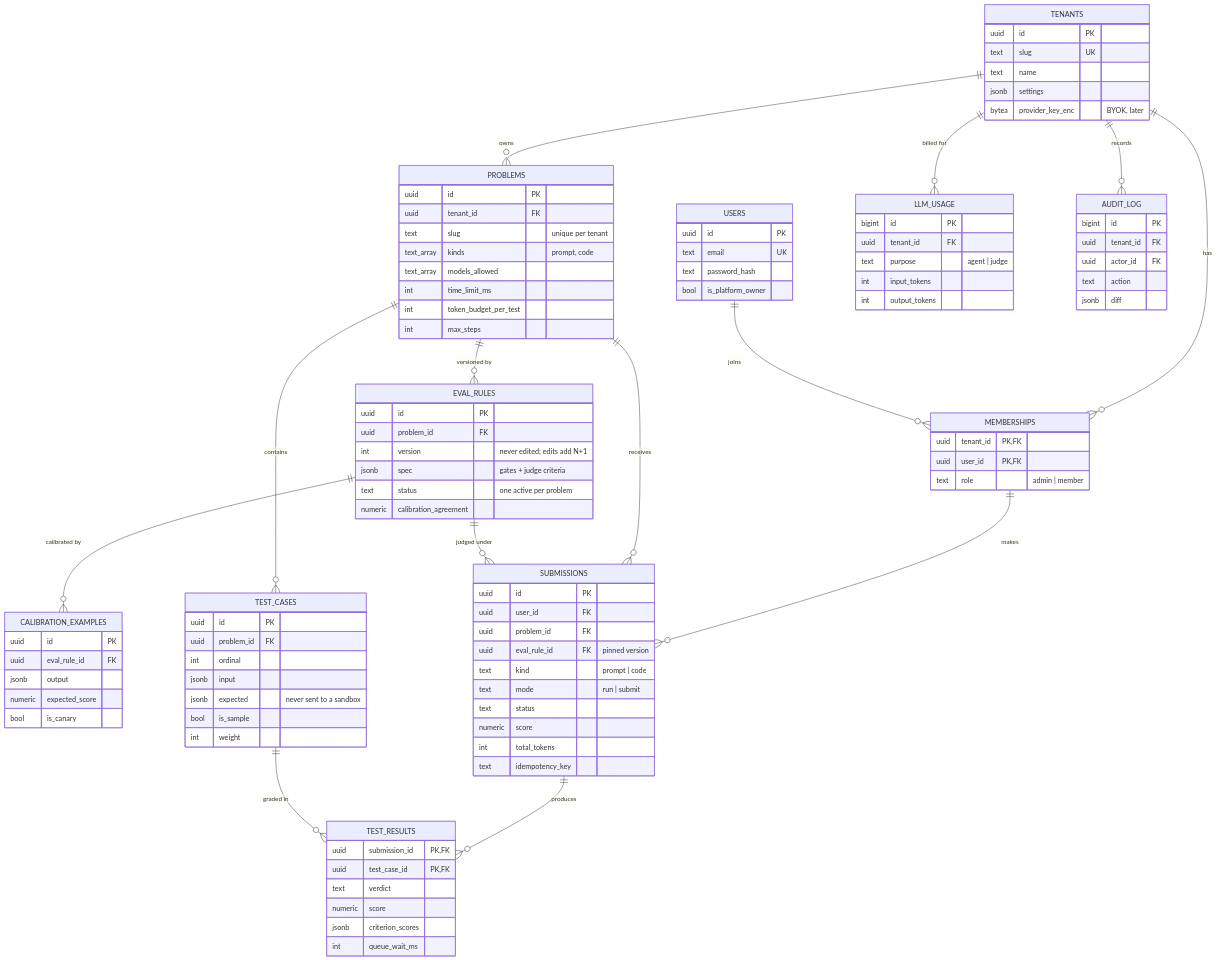
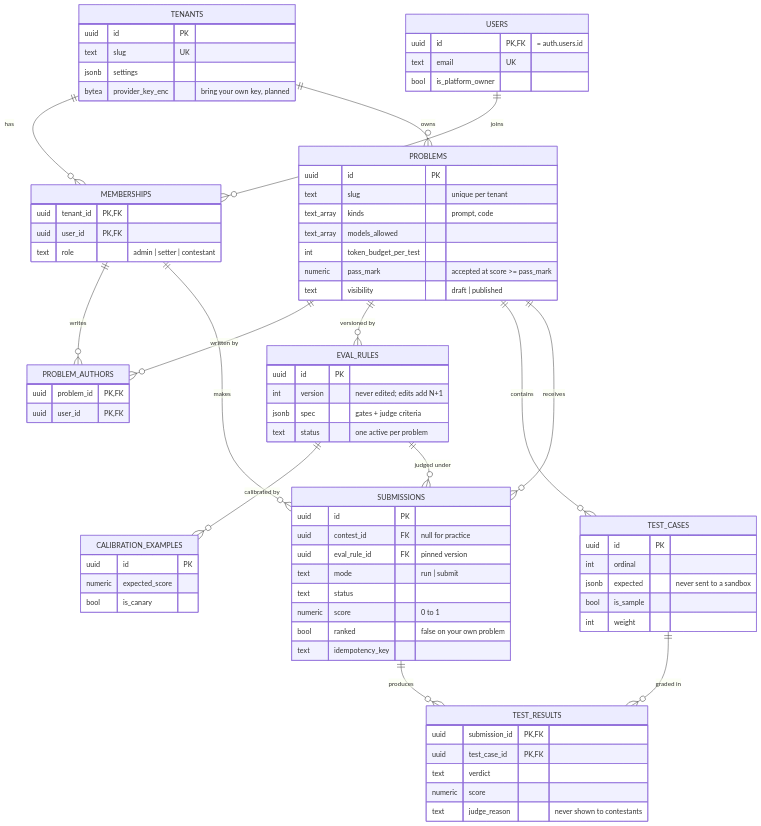
The seventh of 10 diagrams in README.md (priyanshu14077/orqen), drawn with Mermaid before and after one commit. The commit also changed other lines of this file, not shown here.

First line of the commit message:
Document the feature schemas, contests and billing in the data model

````diff
--- a/README.md
+++ b/README.md
@@ -254,6 +269,8 @@
     TENANTS ||--o{ MEMBERSHIPS : has
     USERS ||--o{ MEMBERSHIPS : joins
     TENANTS ||--o{ PROBLEMS : owns
+    PROBLEMS ||--o{ PROBLEM_AUTHORS : "written by"
+    MEMBERSHIPS ||--o{ PROBLEM_AUTHORS : writes
     PROBLEMS ||--o{ EVAL_RULES : "versioned by"
     EVAL_RULES ||--o{ CALIBRATION_EXAMPLES : "calibrated by"
     PROBLEMS ||--o{ TEST_CASES : contains
@@ -262,71 +279,62 @@
     EVAL_RULES ||--o{ SUBMISSIONS : "judged under"
     SUBMISSIONS ||--o{ TEST_RESULTS : produces
     TEST_CASES ||--o{ TEST_RESULTS : "graded in"
-    TENANTS ||--o{ LLM_USAGE : "billed for"
-    TENANTS ||--o{ AUDIT_LOG : records
 
     TENANTS {
         uuid id PK
         text slug UK
-        text name
         jsonb settings
-        bytea provider_key_enc "BYOK, later"
+        bytea provider_key_enc "bring your own key, planned"
     }
     USERS {
-        uuid id PK
+        uuid id PK, FK "= auth.users.id"
         text email UK
-        text password_hash
         bool is_platform_owner
     }
     MEMBERSHIPS {
         uuid tenant_id PK, FK
         uuid user_id PK, FK
-        text role "admin | member"
+        text role "admin | setter | contestant"
     }
     PROBLEMS {
         uuid id PK
-        uuid tenant_id FK
         text slug "unique per tenant"
         text_array kinds "prompt, code"
         text_array models_allowed
-        int time_limit_ms
         int token_budget_per_test
-        int max_steps
+        numeric pass_mark "accepted at score >= pass_mark"
+        text visibility "draft | published"
+    }
+    PROBLEM_AUTHORS {
+        uuid problem_id PK, FK
+        uuid user_id PK, FK
     }
     EVAL_RULES {
         uuid id PK
-        uuid problem_id FK
         int version "never edited; edits add N+1"
         jsonb spec "gates + judge criteria"
         text status "one active per problem"
-        numeric calibration_agreement
     }
     CALIBRATION_EXAMPLES {
         uuid id PK
-        uuid eval_rule_id FK
-        jsonb output
         numeric expected_score
         bool is_canary
     }
     TEST_CASES {
         uuid id PK
-        uuid problem_id FK
         int ordinal
-        jsonb input
         jsonb expected "never sent to a sandbox"
         bool is_sample
         int weight
     }
     SUBMISSIONS {
         uuid id PK
-        uuid user_id FK
-        uuid problem_id FK
+        uuid contest_id FK "null for practice"
         uuid eval_rule_id FK "pinned version"
-        text kind "prompt | code"
         text mode "run | submit"
         text status
-        numeric score
-        int total_tokens
+        numeric score "0 to 1"
+        bool ranked "false on your own problem"
         text idempotency_key
     }
     TEST_RESULTS {
@@ -334,21 +342,6 @@
         uuid test_case_id PK, FK
         text verdict
         numeric score
-        jsonb criterion_scores
-        int queue_wait_ms
-    }
-    LLM_USAGE {
-        bigint id PK
-        uuid tenant_id FK
-        text purpose "agent | judge"
-        int input_tokens
-        int output_tokens
-    }
-    AUDIT_LOG {
-        bigint id PK
-        uuid tenant_id FK
-        uuid actor_id FK
-        text action
-        jsonb diff
+        text judge_reason "never shown to contestants"
     }
 ```
````
